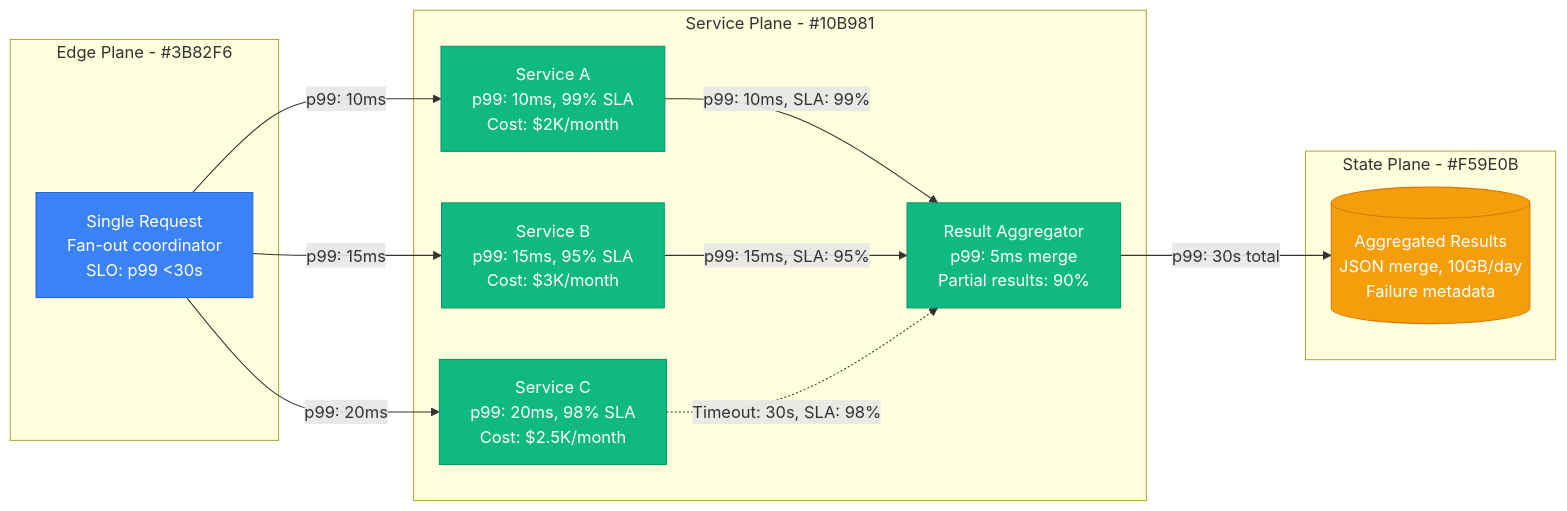
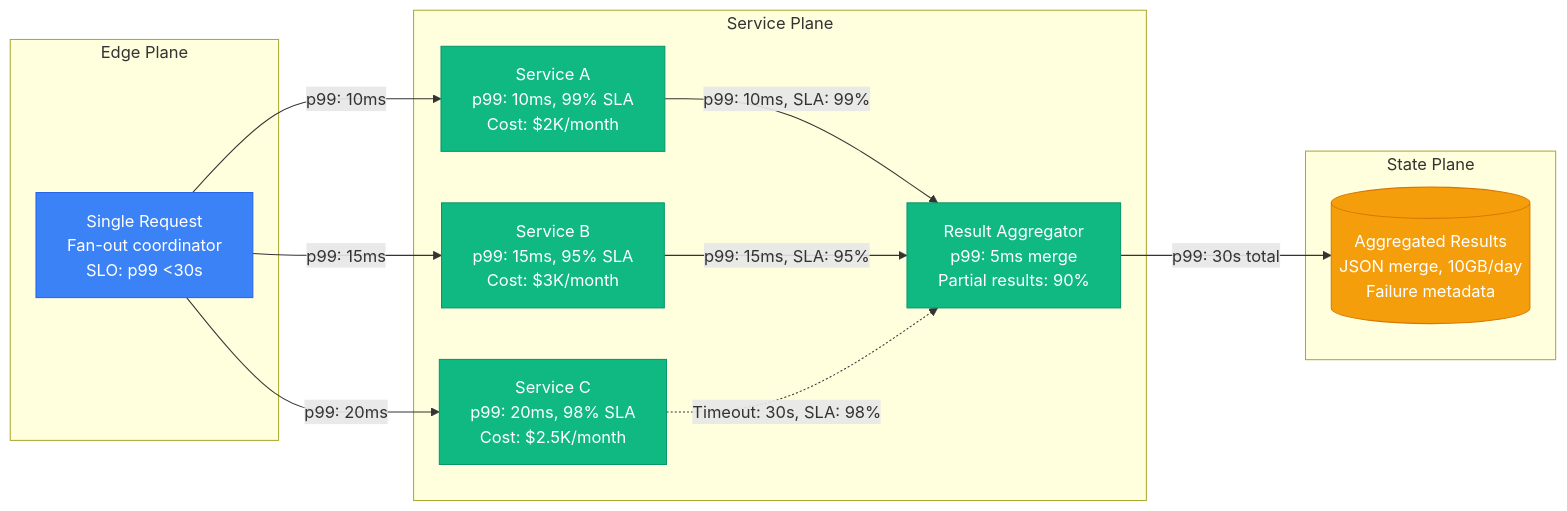
One commit to deepaucksharma/DS changed the eighth of 12 diagrams in site/docs/patterns/micro-patterns.md. Above: the diagram before and after it, drawn with Mermaid. The commit also changed other lines of this file and 169 other files, not shown here.

````diff
--- a/site/docs/patterns/micro-patterns.md
+++ b/site/docs/patterns/micro-patterns.md
@@ -513,36 +513,36 @@
 ```mermaid
 graph LR
-    subgraph EdgePlane[Edge Plane - #3B82F6]
+    subgraph EdgePlane["Edge Plane"]
         REQUEST[Single Request<br/>Fan-out coordinator<br/>SLO: p99 <30s]
     end
 
-    subgraph ServicePlane[Service Plane - #10B981]
+    subgraph ServicePlane["Service Plane"]
         SERVICE1[Service A<br/>p99: 10ms, 99% SLA<br/>Cost: $2K/month]
         SERVICE2[Service B<br/>p99: 15ms, 95% SLA<br/>Cost: $3K/month]
         SERVICE3[Service C<br/>p99: 20ms, 98% SLA<br/>Cost: $2.5K/month]
         AGGREGATOR[Result Aggregator<br/>p99: 5ms merge<br/>Partial results: 90%]
     end
 
-    subgraph StatePlane[State Plane - #F59E0B]
+    subgraph StatePlane["State Plane"]
         RESULTS[(Aggregated Results<br/>JSON merge, 10GB/day<br/>Failure metadata)]
     end
 
     %% Fan-out
     REQUEST -->|p99: 10ms| SERVICE1
     REQUEST -->|p99: 15ms| SERVICE2
     REQUEST -->|p99: 20ms| SERVICE3
 
     %% Gather
     SERVICE1 -->|p99: 10ms, SLA: 99%| AGGREGATOR
     SERVICE2 -->|p99: 15ms, SLA: 95%| AGGREGATOR
     SERVICE3 -.->|Timeout: 30s, SLA: 98%| AGGREGATOR
     AGGREGATOR -->|p99: 30s total| RESULTS
 
     classDef edgeStyle fill:#3B82F6,stroke:#2563EB,color:#fff
     classDef serviceStyle fill:#10B981,stroke:#059669,color:#fff
     classDef stateStyle fill:#F59E0B,stroke:#D97706,color:#fff
 
     class REQUEST edgeStyle
     class SERVICE1,SERVICE2,SERVICE3,AGGREGATOR serviceStyle
     class RESULTS stateStyle
 ```
````
